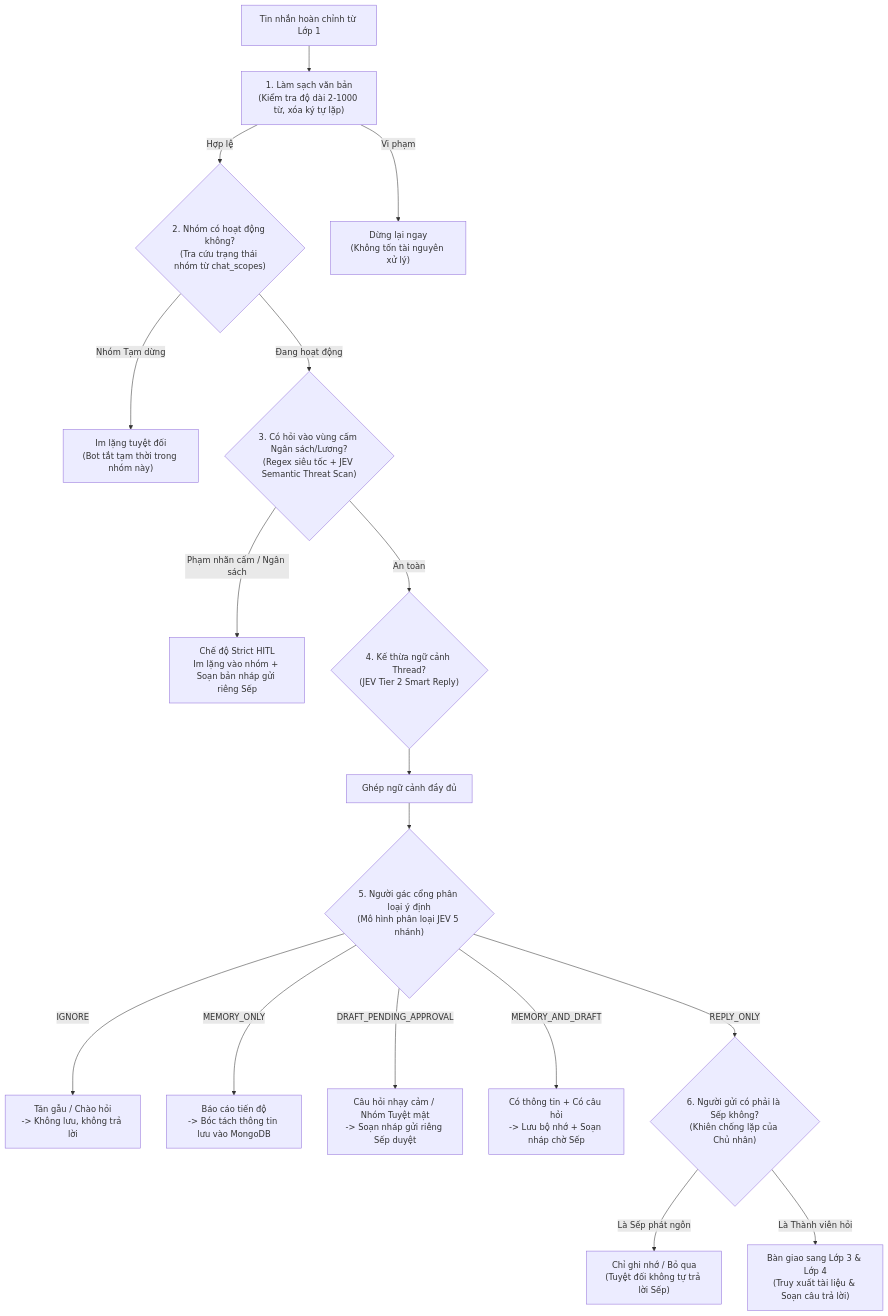
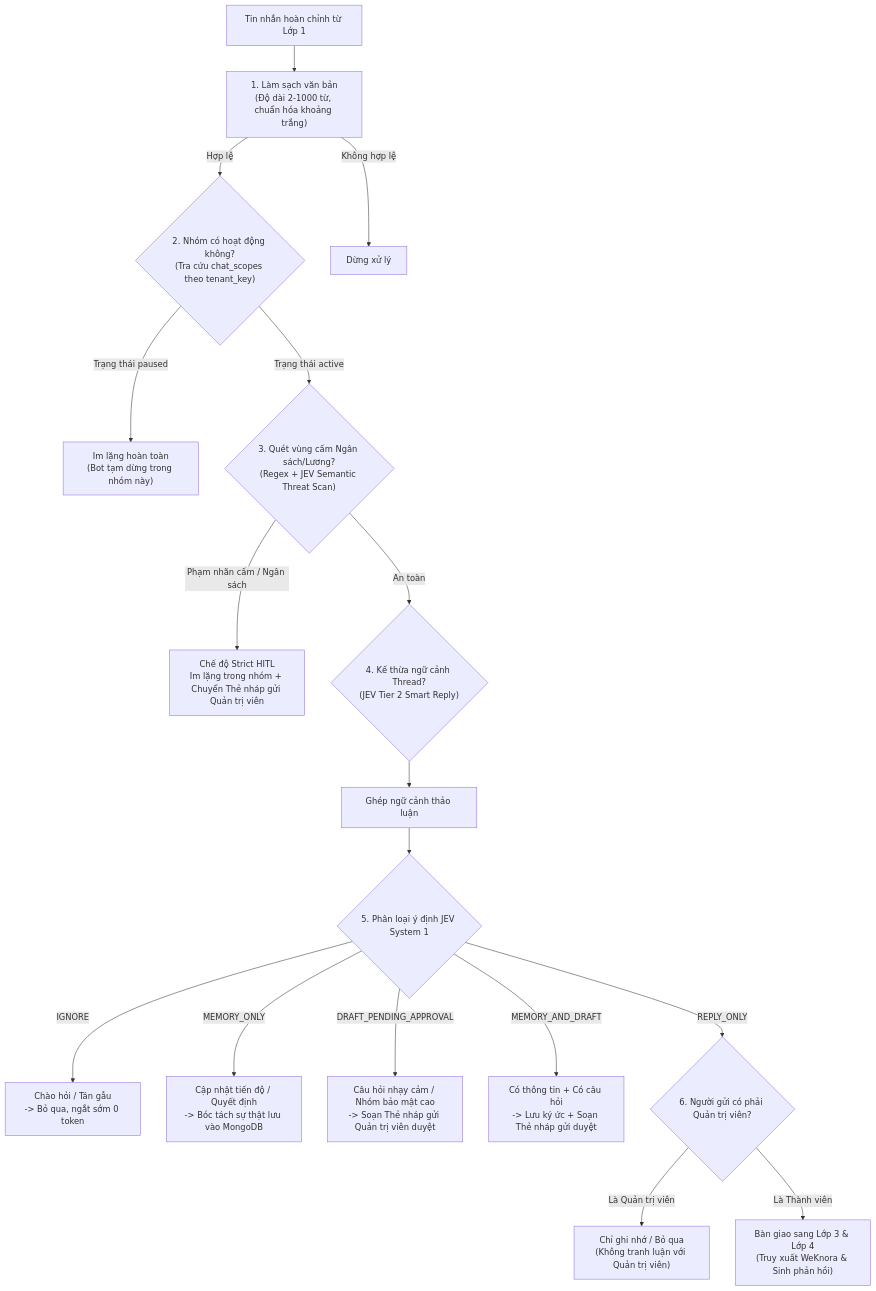
Before and after one commit to tetsde/LarkAssistant: the diagram in server/docs/layer2/layer2.md, drawn with Mermaid. The commit also changed other lines of this file and 20 other files, not shown here.

Commit message:
docs: update architecture documentation and diagrams

````diff
--- a/server/docs/layer2/layer2.md
+++ b/server/docs/layer2/layer2.md
@@ -27,23 +27,23 @@
 ```mermaid
 flowchart TD
-    In["Tin nhắn hoàn chỉnh từ Lớp 1"] --> C1["1. Làm sạch văn bản<br/>(Kiểm tra độ dài 2-1000 từ, xóa ký tự lặp)"]
-    C1 -->|Hợp lệ| C2{"2. Nhóm có hoạt động không?<br/>(Tra cứu trạng thái nhóm từ chat_scopes)"}
-    C1 -->|Vi phạm| Drop1["Dừng lại ngay<br/>(Không tốn tài nguyên xử lý)"]
+    In["Tin nhắn hoàn chỉnh từ Lớp 1"] --> C1["1. Làm sạch văn bản<br/>(Độ dài 2-1000 từ, chuẩn hóa khoảng trắng)"]
+    C1 -->|Hợp lệ| C2{"2. Nhóm có hoạt động không?<br/>(Tra cứu chat_scopes theo tenant_key)"}
+    C1 -->|Không hợp lệ| Drop1["Dừng xử lý"]
     
-    C2 -->|Nhóm Tạm dừng| Drop2["Im lặng tuyệt đối<br/>(Bot tắt tạm thời trong nhóm này)"]
-    C2 -->|Đang hoạt động| C3{"3. Có hỏi vào vùng cấm Ngân sách/Lương?<br/>(Regex siêu tốc + JEV Semantic Threat Scan)"}
+    C2 -->|Trạng thái paused| Drop2["Im lặng hoàn toàn<br/>(Bot tạm dừng trong nhóm này)"]
+    C2 -->|Trạng thái active| C3{"3. Quét vùng cấm Ngân sách/Lương?<br/>(Regex + JEV Semantic Threat Scan)"}
     
-    C3 -->|Phạm nhãn cấm / Ngân sách| StrictHITL["Chế độ Strict HITL<br/>Im lặng vào nhóm + Soạn bản nháp gửi riêng Sếp"]
+    C3 -->|Phạm nhãn cấm / Ngân sách| StrictHITL["Chế độ Strict HITL<br/>Im lặng trong nhóm + Chuyển Thẻ nháp gửi Quản trị viên"]
     C3 -->|An toàn| C4{"4. Kế thừa ngữ cảnh Thread?<br/>(JEV Tier 2 Smart Reply)"}
     
-    C4 --> ContextReady["Ghép ngữ cảnh đầy đủ"] --> C5{"5. Người gác cổng phân loại ý định<br/>(Mô hình phân loại JEV 5 nhánh)"}
+    C4 --> ContextReady["Ghép ngữ cảnh thảo luận"] --> C5{"5. Phân loại ý định JEV System 1"}
     
-    C5 -->|IGNORE| Discard["Tán gẫu / Chào hỏi<br/>-> Không lưu, không trả lời"]
-    C5 -->|MEMORY_ONLY| Mem["Báo cáo tiến độ<br/>-> Bóc tách thông tin lưu vào MongoDB"]
-    C5 -->|DRAFT_PENDING_APPROVAL| Draft["Câu hỏi nhạy cảm / Nhóm Tuyệt mật<br/>-> Soạn nháp gửi riêng Sếp duyệt"]
-    C5 -->|MEMORY_AND_DRAFT| Both["Có thông tin + Có câu hỏi<br/>-> Lưu bộ nhớ + Soạn nháp chờ Sếp"]
-    C5 -->|REPLY_ONLY| C6{"6. Người gửi có phải là Sếp không?<br/>(Khiên chống lặp của Chủ nhân)"}
+    C5 -->|IGNORE| Discard["Chào hỏi / Tán gẫu<br/>-> Bỏ qua, ngắt sớm 0 token"]
+    C5 -->|MEMORY_ONLY| Mem["Cập nhật tiến độ / Quyết định<br/>-> Bóc tách sự thật lưu vào MongoDB"]
+    C5 -->|DRAFT_PENDING_APPROVAL| Draft["Câu hỏi nhạy cảm / Nhóm bảo mật cao<br/>-> Soạn Thẻ nháp gửi Quản trị viên duyệt"]
+    C5 -->|MEMORY_AND_DRAFT| Both["Có thông tin + Có câu hỏi<br/>-> Lưu ký ức + Soạn Thẻ nháp gửi duyệt"]
+    C5 -->|REPLY_ONLY| C6{"6. Người gửi có phải Quản trị viên?"}
     
-    C6 -->|Là Sếp phát ngôn| Shield["Chỉ ghi nhớ / Bỏ qua<br/>(Tuyệt đối không tự trả lời Sếp)"]
-    C6 -->|Là Thành viên hỏi| Out["Bàn giao sang Lớp 3 & Lớp 4<br/>(Truy xuất tài liệu & Soạn câu trả lời)"]
+    C6 -->|Là Quản trị viên| Shield["Chỉ ghi nhớ / Bỏ qua<br/>(Không tranh luận với Quản trị viên)"]
+    C6 -->|Là Thành viên| Out["Bàn giao sang Lớp 3 & Lớp 4<br/>(Truy xuất WeKnora & Sinh phản hồi)"]
 ```
````
